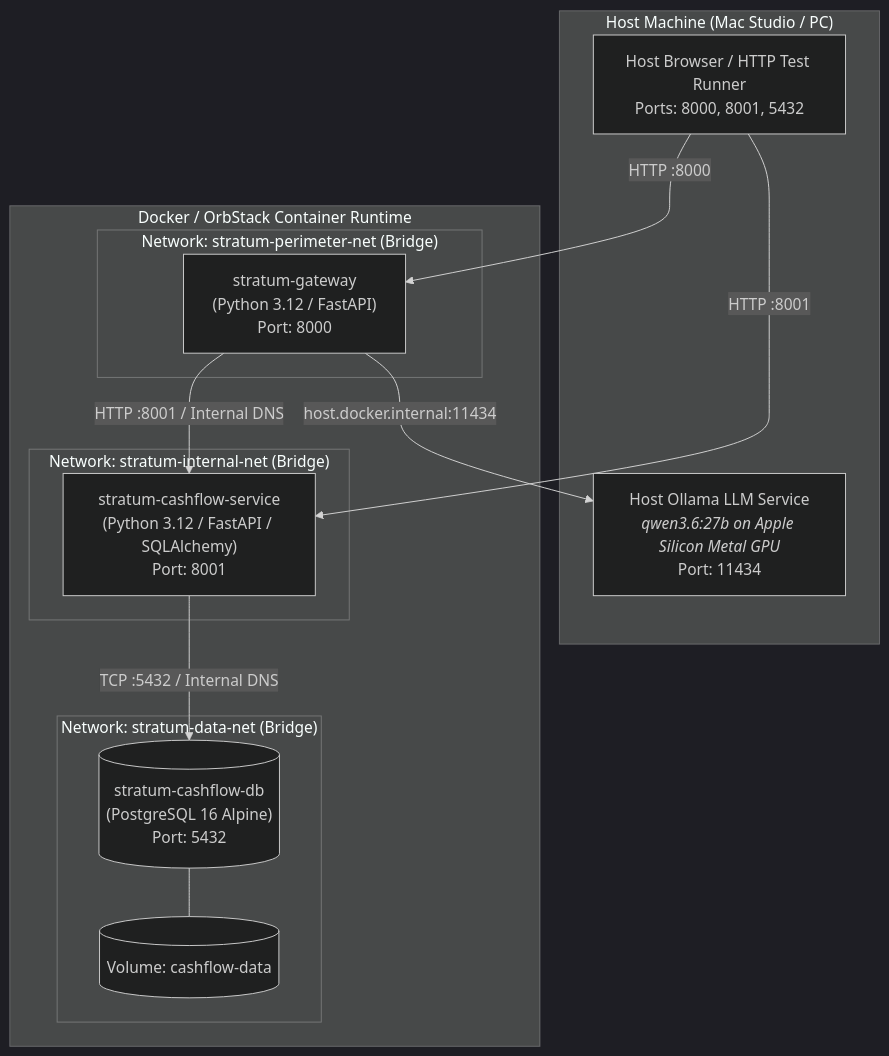
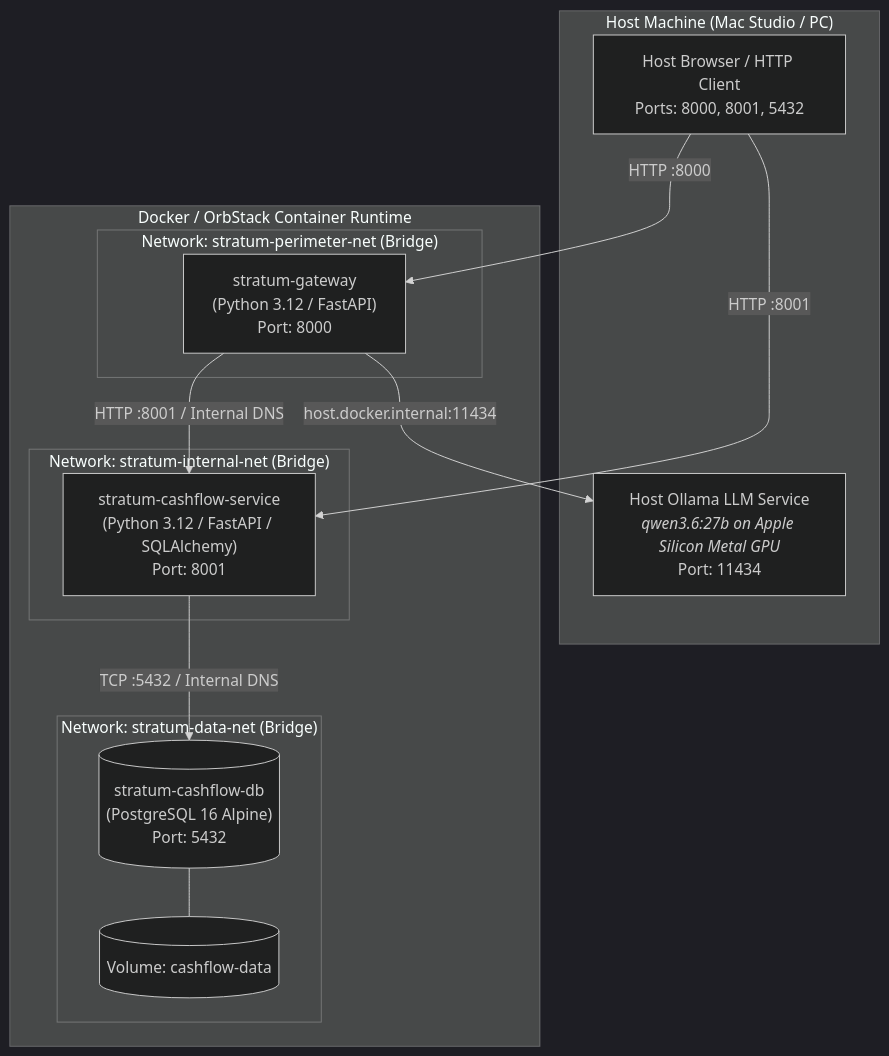
The diagram in architecture/topology/container-runtime.md (sonnormal/stratum-meta), drawn with Mermaid (dark theme) before and after one commit. The commit also changed other lines of this file, not shown here.

````diff
--- a/architecture/topology/container-runtime.md
+++ b/architecture/topology/container-runtime.md
@@ -13,29 +12,29 @@
 ```mermaid
 graph TD
     subgraph Host_Environment ["Host Machine (Mac Studio / PC)"]
         HostOllama["Host Ollama LLM Service<br/><i>qwen3.6:27b on Apple Silicon Metal GPU</i><br/>Port: 11434"]
-        ClientHost["Host Browser / HTTP Test Runner<br/>Ports: 8000, 8001, 5432"]
+        ClientHost["Host Browser / HTTP Client<br/>Ports: 8000, 8001, 5432"]
     end
 
     subgraph Docker_Engine ["Docker / OrbStack Container Runtime"]
         subgraph Perimeter_Net ["Network: stratum-perimeter-net (Bridge)"]
             Gateway["stratum-gateway<br/>(Python 3.12 / FastAPI)<br/>Port: 8000"]
         end
 
         subgraph Internal_Net ["Network: stratum-internal-net (Bridge)"]
             Cashflow["stratum-cashflow-service<br/>(Python 3.12 / FastAPI / SQLAlchemy)<br/>Port: 8001"]
         end
 
         subgraph Data_Net ["Network: stratum-data-net (Bridge)"]
             Postgres[("stratum-cashflow-db<br/>(PostgreSQL 16 Alpine)<br/>Port: 5432")]
             DataVol[("Volume: cashflow-data")]
         end
     end
 
     ClientHost -->|HTTP :8000| Gateway
     ClientHost -->|HTTP :8001| Cashflow
     Gateway -->|host.docker.internal:11434| HostOllama
     Gateway -->|HTTP :8001 / Internal DNS| Cashflow
     Cashflow -->|TCP :5432 / Internal DNS| Postgres
     Postgres --- DataVol
 ```
````
